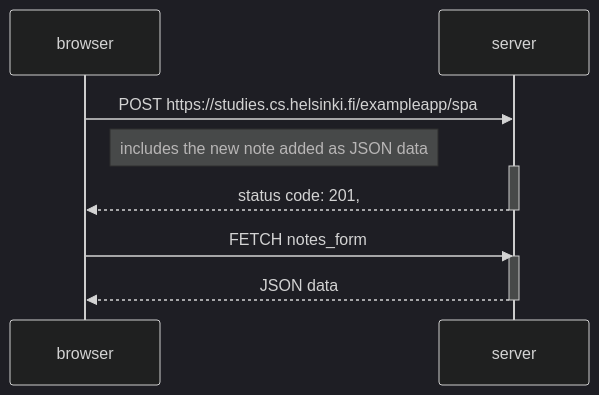
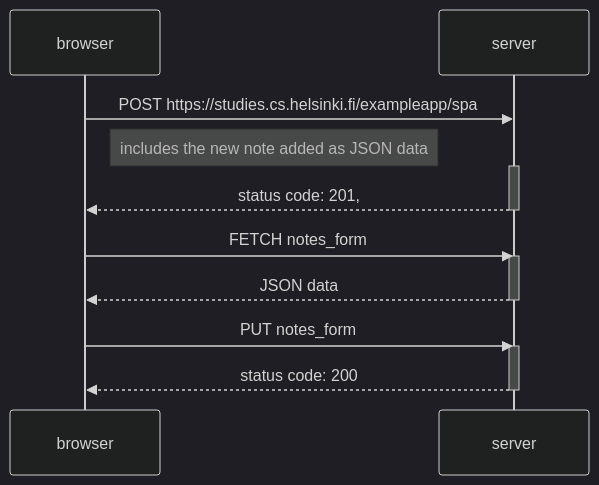
One commit to phamdustin/fso_submissions changed the diagram in note-sap-diagram.md. Above: the diagram before and after it, drawn with Mermaid (dark theme). The commit also changed other lines of this file, not shown here.

````diff
--- a/note-sap-diagram.md
+++ b/note-sap-diagram.md
@@ -1,18 +1,22 @@
 ```mermaid
 sequenceDiagram
     participant browser
     participant server
 
     browser->>server: POST https://studies.cs.helsinki.fi/exampleapp/spa
     Note right of browser: includes the new note added as JSON data
     activate server
     server-->>browser: status code: 201, 
     deactivate server
 
     browser->>server: FETCH notes_form
     activate server
     server-->>browser: JSON data
     deactivate server
 
+    browser->>server: PUT notes_form
+    activate server
+    server-->>browser: status code: 200
+    deactivate server
 
 ```
````
